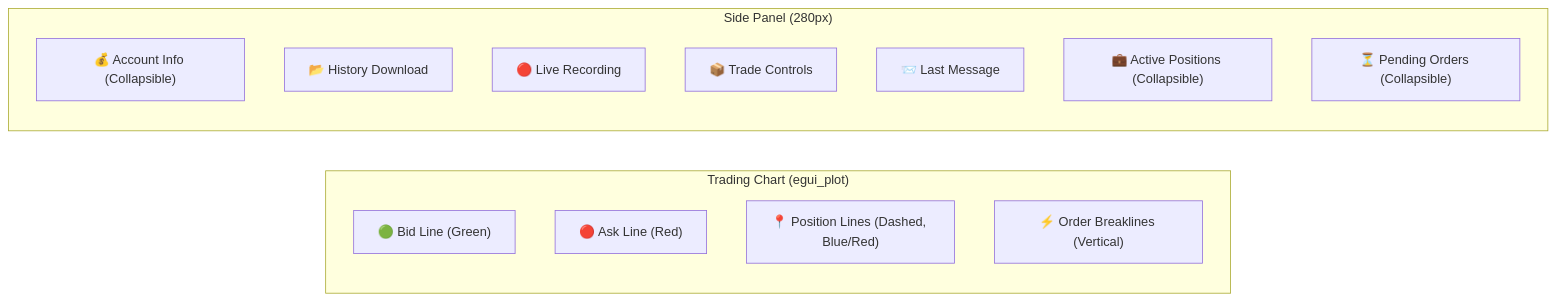
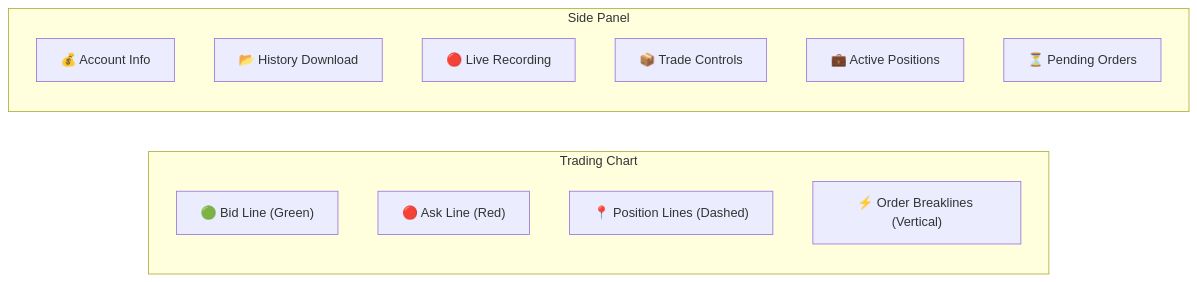
Before and after one commit to algorembrant/SUM3API: the eighth of 8 diagrams in MQL5-Rustmt5-chart-Documentation.md, drawn with Mermaid. The commit also changed other lines of this file, not shown here.

````diff
--- a/MQL5-Rustmt5-chart-Documentation.md
+++ b/MQL5-Rustmt5-chart-Documentation.md
@@ -947,19 +753,18 @@
 ```mermaid
 flowchart LR
-    subgraph CHART["Trading Chart (egui_plot)"]
+    subgraph CHART["Trading Chart"]
         BID_LINE["🟢 Bid Line (Green)"]
         ASK_LINE["🔴 Ask Line (Red)"]
-        POS_LINES["📍 Position Lines (Dashed, Blue/Red)"]
+        POS_LINES["📍 Position Lines (Dashed)"]
         BREAK_LINES["⚡ Order Breaklines (Vertical)"]
     end
     
-    subgraph CONTROLS["Side Panel (280px)"]
-        ACC["💰 Account Info (Collapsible)"]
+    subgraph CONTROLS["Side Panel"]
+        ACC["💰 Account Info"]
         HIST["📂 History Download"]
         REC["🔴 Live Recording"]
         TRADE["📦 Trade Controls"]
-        MSG["📨 Last Message"]
-        POS["💼 Active Positions (Collapsible)"]
-        ORDERS["⏳ Pending Orders (Collapsible)"]
+        POS["💼 Active Positions"]
+        ORDERS["⏳ Pending Orders"]
     end
 ```
````
